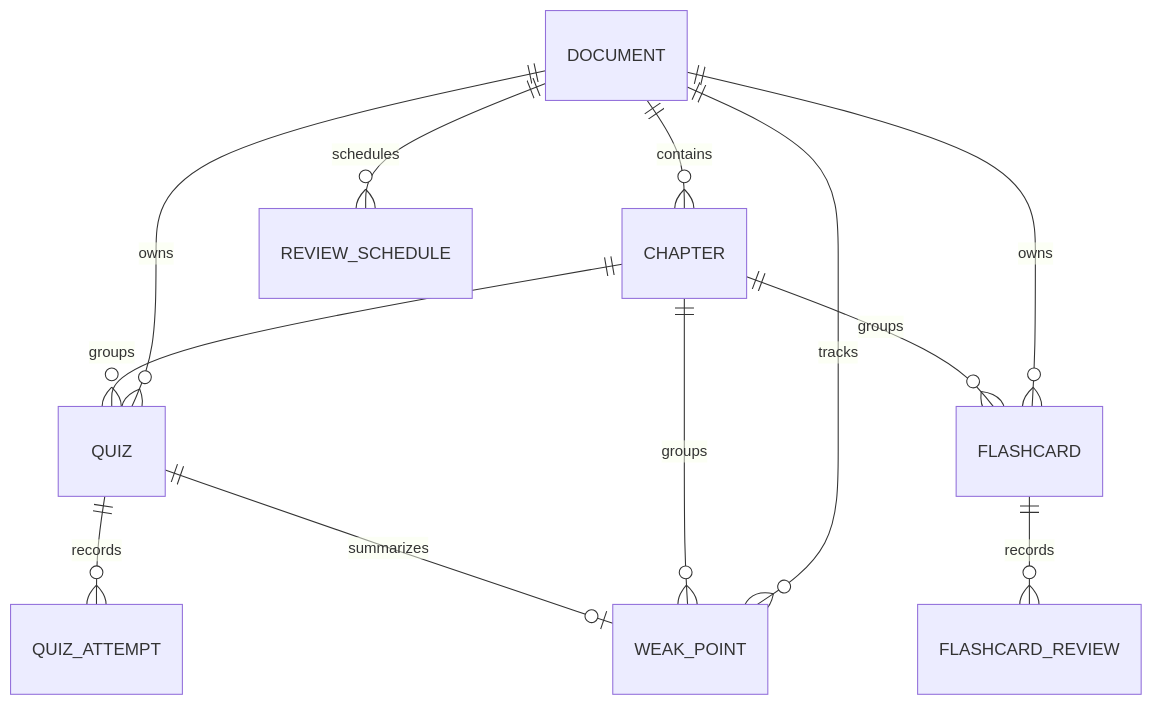
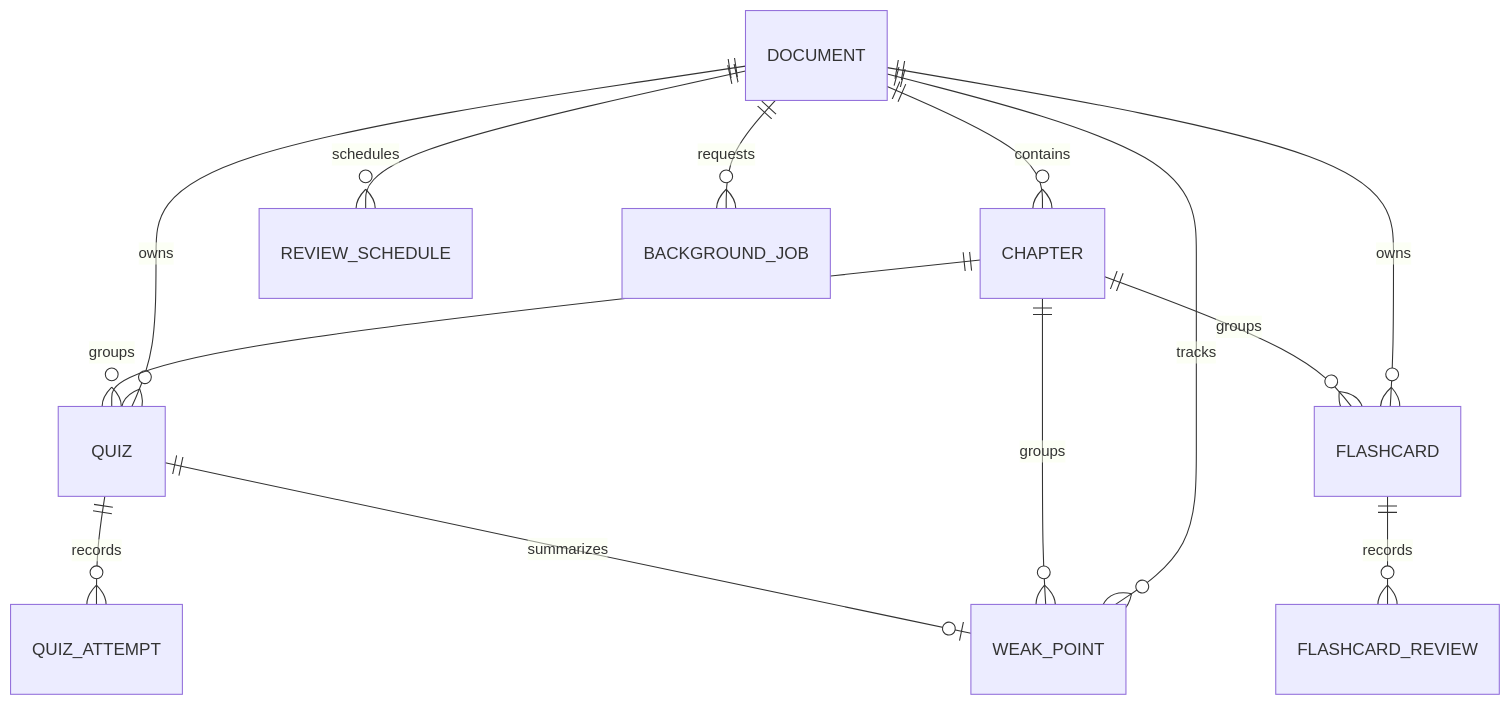
One commit to Allen1208tw/AI-notion-note-organizer changed the diagram in docs/05_database_design.md. Above: the diagram before and after it, drawn with Mermaid. The commit also changed other lines of this file and 35 other files, not shown here.

````diff
--- a/docs/05_database_design.md
+++ b/docs/05_database_design.md
@@ -11,14 +11,15 @@
 ```mermaid
 erDiagram
     DOCUMENT ||--o{ CHAPTER : contains
     DOCUMENT ||--o{ QUIZ : owns
     DOCUMENT ||--o{ FLASHCARD : owns
     DOCUMENT ||--o{ WEAK_POINT : tracks
     DOCUMENT ||--o{ REVIEW_SCHEDULE : schedules
     CHAPTER ||--o{ QUIZ : groups
     CHAPTER ||--o{ FLASHCARD : groups
     CHAPTER ||--o{ WEAK_POINT : groups
     QUIZ ||--o{ QUIZ_ATTEMPT : records
     QUIZ ||--o| WEAK_POINT : summarizes
     FLASHCARD ||--o{ FLASHCARD_REVIEW : records
+    DOCUMENT ||--o{ BACKGROUND_JOB : requests
 ```
````
